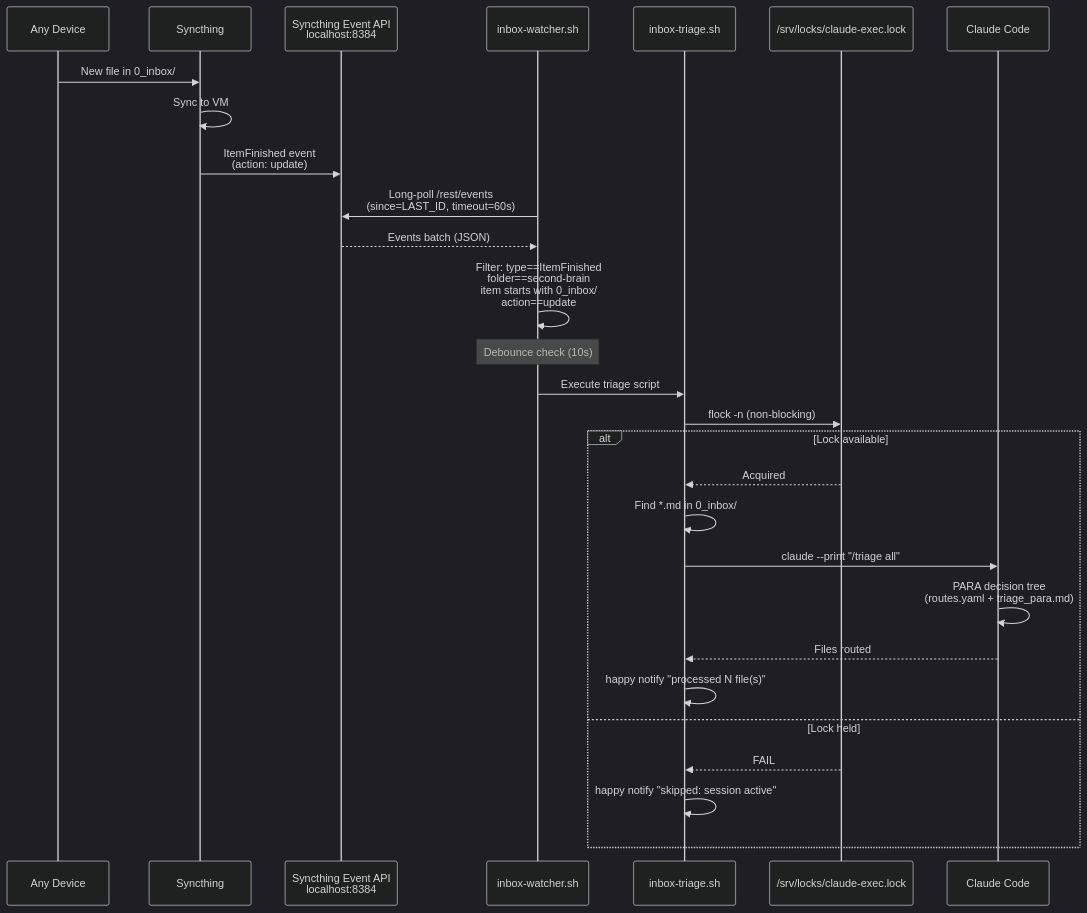
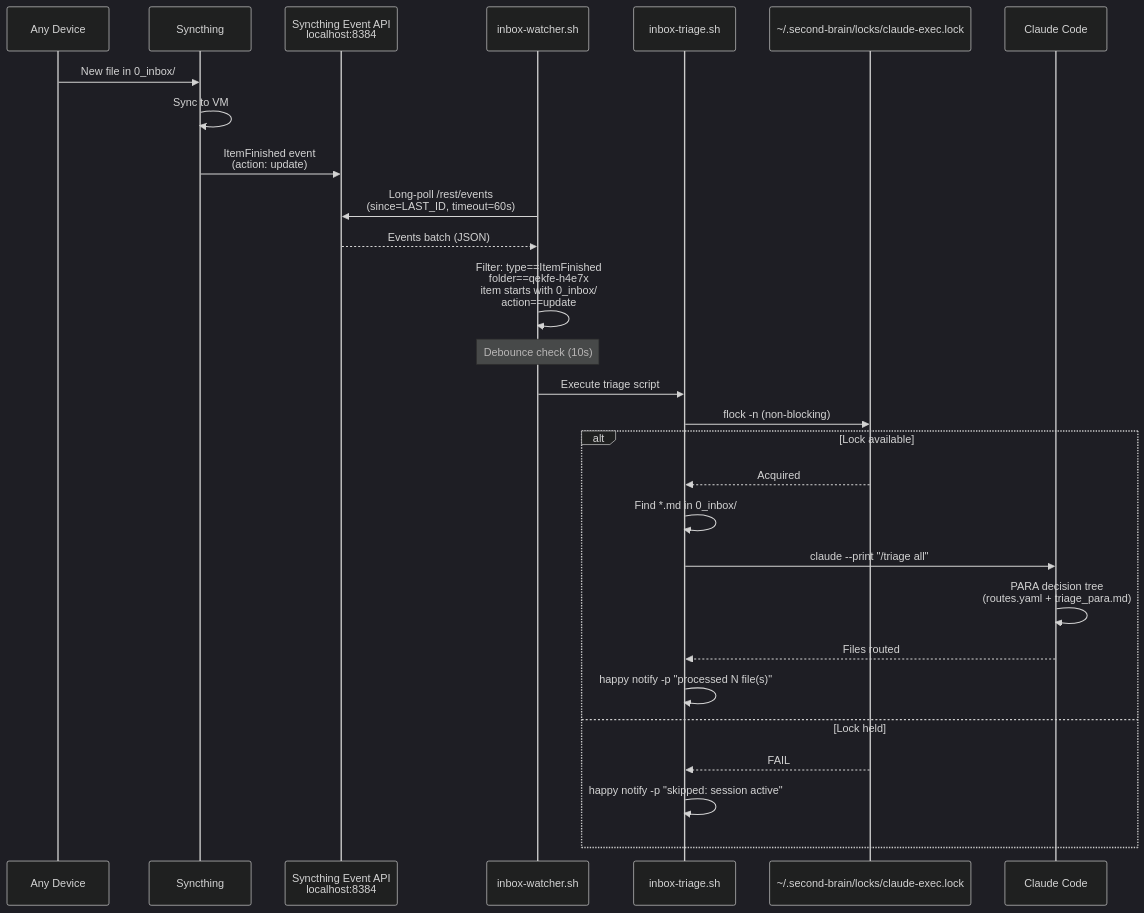
The third of 7 diagrams in docs/architecture.md (patjackson52/second-brain), drawn with Mermaid (dark theme) before and after one commit. The commit also changed other lines of this file and 5 other files, not shown here.

First line of the commit message:
fix: happy notify syntax and update docs to match current system

````diff
--- a/docs/architecture.md
+++ b/docs/architecture.md
@@ -78,34 +78,34 @@
 ```mermaid
 sequenceDiagram
     participant D as Any Device
     participant S as Syncthing
     participant API as Syncthing Event API<br/>localhost:8384
     participant W as inbox-watcher.sh
     participant T as inbox-triage.sh
-    participant L as /srv/locks/claude-exec.lock
+    participant L as ~/.second-brain/locks/claude-exec.lock
     participant C as Claude Code
 
     D->>S: New file in 0_inbox/
     S->>S: Sync to VM
     S->>API: ItemFinished event<br/>(action: update)
 
     W->>API: Long-poll /rest/events<br/>(since=LAST_ID, timeout=60s)
     API-->>W: Events batch (JSON)
-    W->>W: Filter: type==ItemFinished<br/>folder==second-brain<br/>item starts with 0_inbox/<br/>action==update
+    W->>W: Filter: type==ItemFinished<br/>folder==qekfe-h4e7x<br/>item starts with 0_inbox/<br/>action==update
 
     Note over W: Debounce check (10s)
     W->>T: Execute triage script
 
     T->>L: flock -n (non-blocking)
     alt Lock available
         L-->>T: Acquired
         T->>T: Find *.md in 0_inbox/
         T->>C: claude --print "/triage all"
         C->>C: PARA decision tree<br/>(routes.yaml + triage_para.md)
         C-->>T: Files routed
-        T->>T: happy notify "processed N file(s)"
+        T->>T: happy notify -p "processed N file(s)"
     else Lock held
         L-->>T: FAIL
-        T->>T: happy notify "skipped: session active"
+        T->>T: happy notify -p "skipped: session active"
     end
 ```
````
